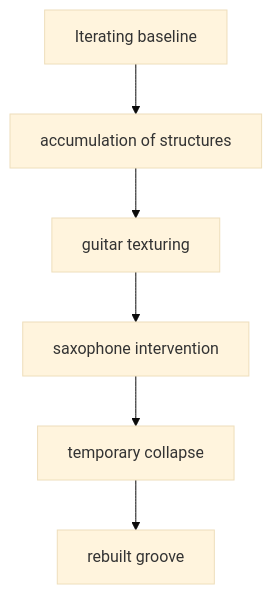
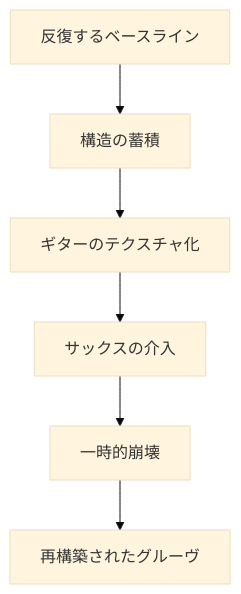
One commit to monumental-movement/monumental-movement.github.io changed the second of 2 diagrams in en/_posts/2026-06-13-column-maruja.md. Above: the diagram before and after it, drawn with Mermaid (base theme). The commit also changed other lines of this file and 2196 other files, not shown here.

```diff
--- a/en/_posts/2026-06-13-column-maruja.md
+++ b/en/_posts/2026-06-13-column-maruja.md
@@ -72,8 +70,8 @@
 <div class="mermaid">
 flowchart TD
-A[Iterating baseline] --> B[accumulation of structures]
-B --> C[guitar texturing]
-C --> D[saxophone intervention]
-D --> E[temporary collapse]
-E --> F[rebuilt groove]
+A[反復するベースライン] --> B[構造の蓄積]
+B --> C[ギターのテクスチャ化]
+C --> D[サックスの介入]
+D --> E[一時的崩壊]
+E --> F[再構築されたグルーヴ]
 </div>
```
